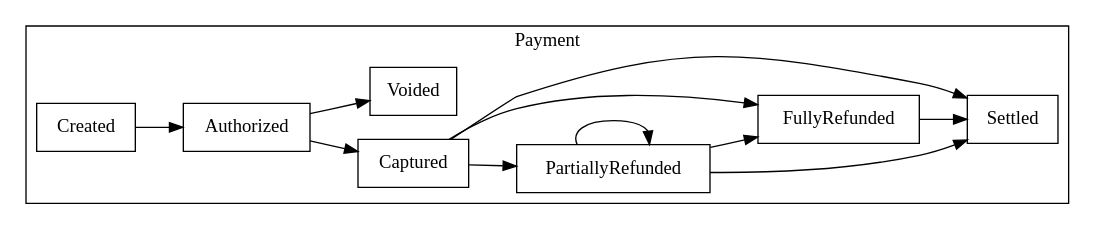
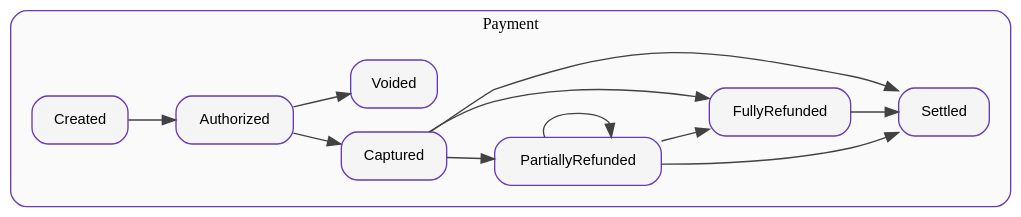
Before and after one commit to elijahr/nim-typestates: the second of 4 diagrams in docs/guide/visualization.md, drawn with Graphviz. The commit also changed other lines of this file and 17 other files, not shown here.

````diff
--- a/docs/guide/visualization.md
+++ b/docs/guide/visualization.md
@@ -86,30 +105,39 @@
 ```dot
 digraph {
   rankdir=LR;
-  node [shape=box];
+  bgcolor="transparent";
+  pad=0.5;
+
+  node [shape=box, style="rounded,filled", fillcolor="#f5f5f5", color="#673ab7", fontname="Helvetica", fontsize=11, margin="0.2,0.1"];
+  edge [fontname="Helvetica", fontsize=9, color="#424242"];
 
   subgraph cluster_Payment {
     label="Payment";
+    fontname="Helvetica Bold";
+    fontsize=12;
+    style="rounded";
+    color="#673ab7";
+    bgcolor="#fafafa";
+    margin=16;
 
     Created;
     Authorized;
     Captured;
     PartiallyRefunded;
     FullyRefunded;
     Settled;
     Voided;
 
     Created -> Authorized;
     Authorized -> Captured;
     Authorized -> Voided;
     Captured -> PartiallyRefunded;
     Captured -> FullyRefunded;
     Captured -> Settled;
     PartiallyRefunded -> PartiallyRefunded;
     PartiallyRefunded -> FullyRefunded;
     PartiallyRefunded -> Settled;
     FullyRefunded -> Settled;
   }
-
 }
 ```
````
